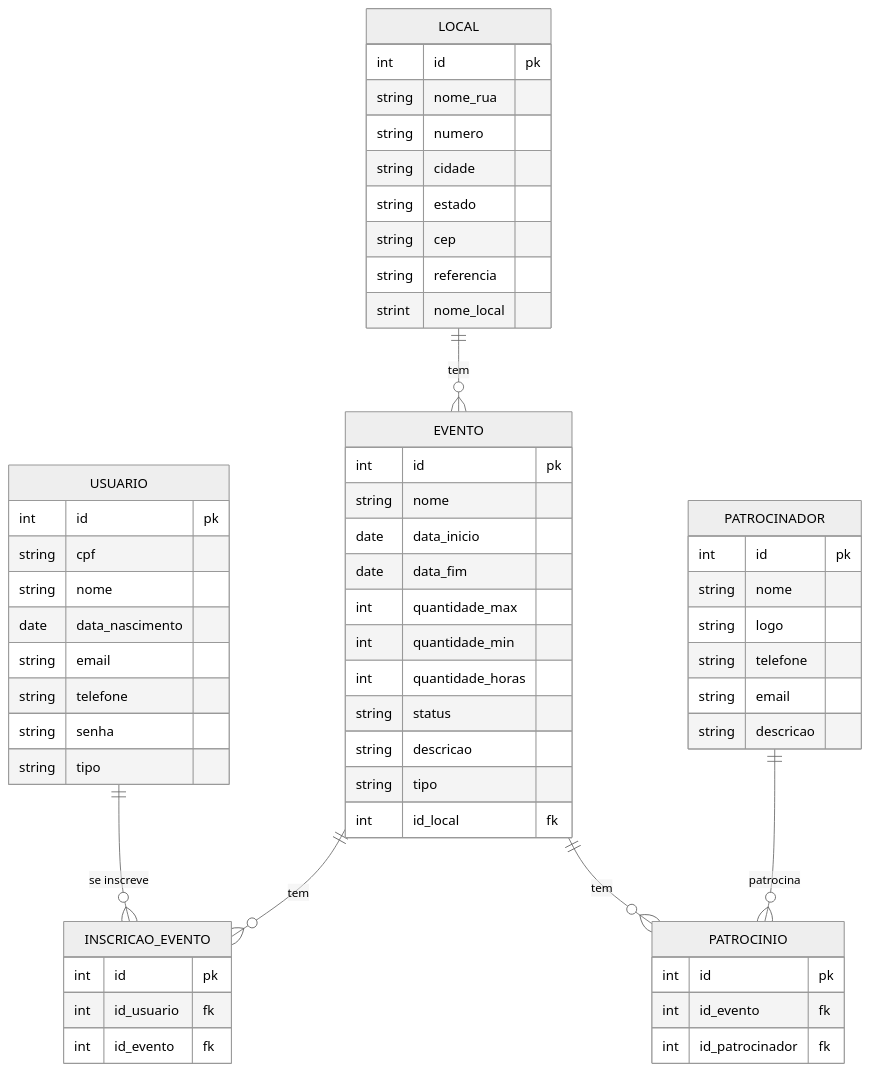
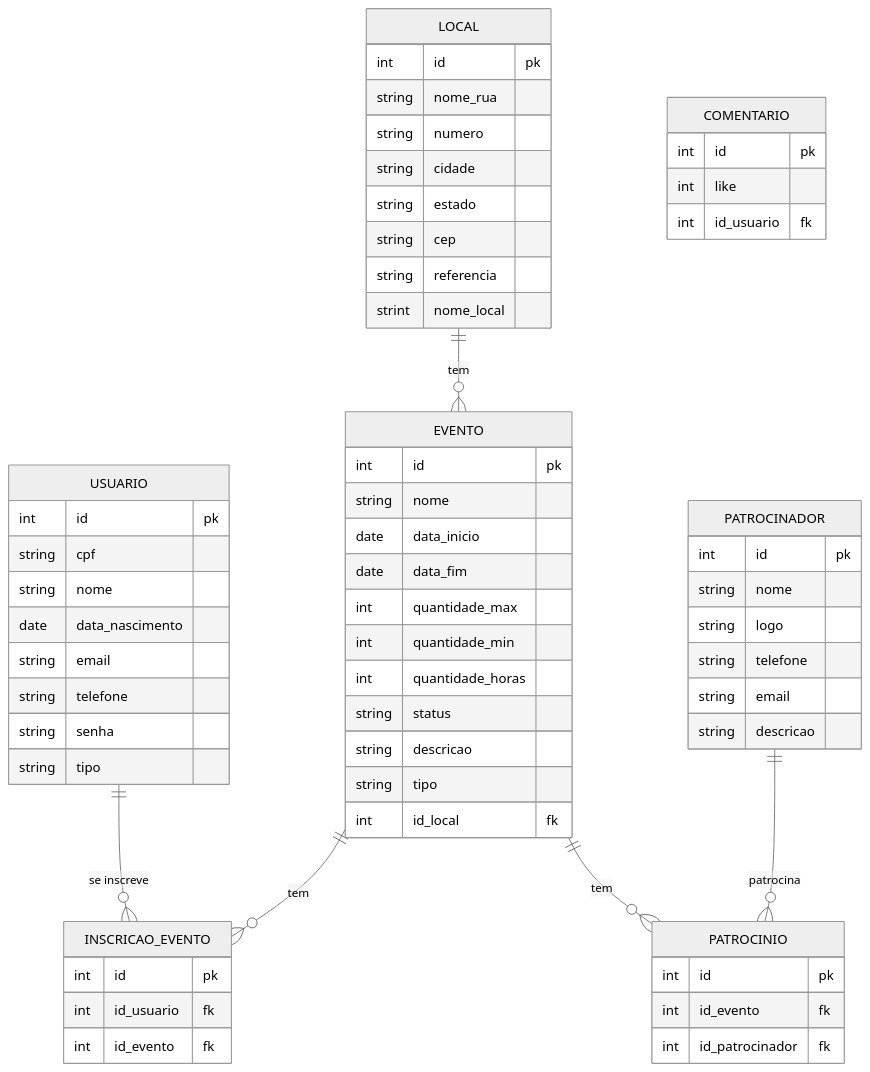
The diagram in docs/doc-visao.md (tallysdev/eventSync), drawn with Mermaid (neutral theme) before and after one commit.

Commit message:
docs: add "COMENTARIO" no modelo ER #32

````diff
--- a/docs/doc-visao.md
+++ b/docs/doc-visao.md
@@ -115,69 +115,75 @@
 ```mermaid
 erDiagram
     USUARIO {
         int id pk
         string cpf
         string nome
         date data_nascimento
         string email
         string telefone
         string senha
         string tipo
     }
 
     INSCRICAO_EVENTO {
         int id pk
         int id_usuario fk
         int id_evento fk
     }
 
     EVENTO {
         int id pk
         string nome
         date data_inicio
         date data_fim
         int quantidade_max
         int quantidade_min
         int quantidade_horas
         string status
         string descricao
         string tipo
         int id_local fk
     }
 
     LOCAL {
         int id pk
         string nome_rua
         string numero
         string cidade
         string estado
         string cep
         string referencia
         strint nome_local
     }
 
     PATROCINIO {
         int id pk
         int id_evento fk
         int id_patrocinador fk
     }
 
     PATROCINADOR {
         int id pk
         string nome
         string logo
         string telefone
         string email
         string descricao
     }
 
+    COMENTARIO {
+        int id pk
+        int like
+        int id_usuario fk
+    }
+
     USUARIO ||--o{ INSCRICAO_EVENTO : "se inscreve"
 
     EVENTO ||--o{ INSCRICAO_EVENTO : "tem"
 
     LOCAL ||--o{ EVENTO : "tem"
 
     EVENTO ||--o{ PATROCINIO : "tem"
 
     PATROCINADOR ||--o{ PATROCINIO : "patrocina"
 ```
````
